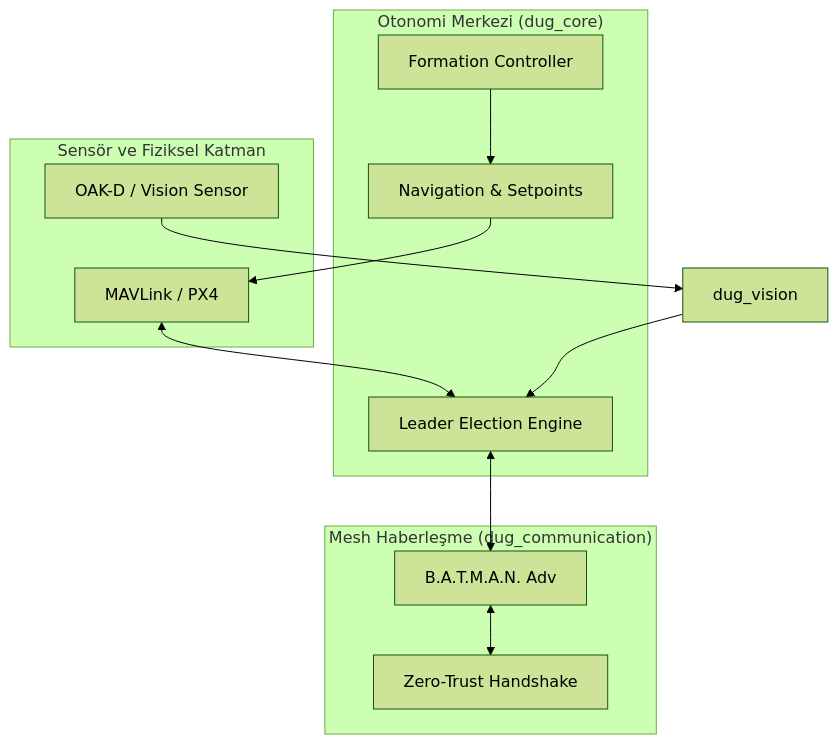
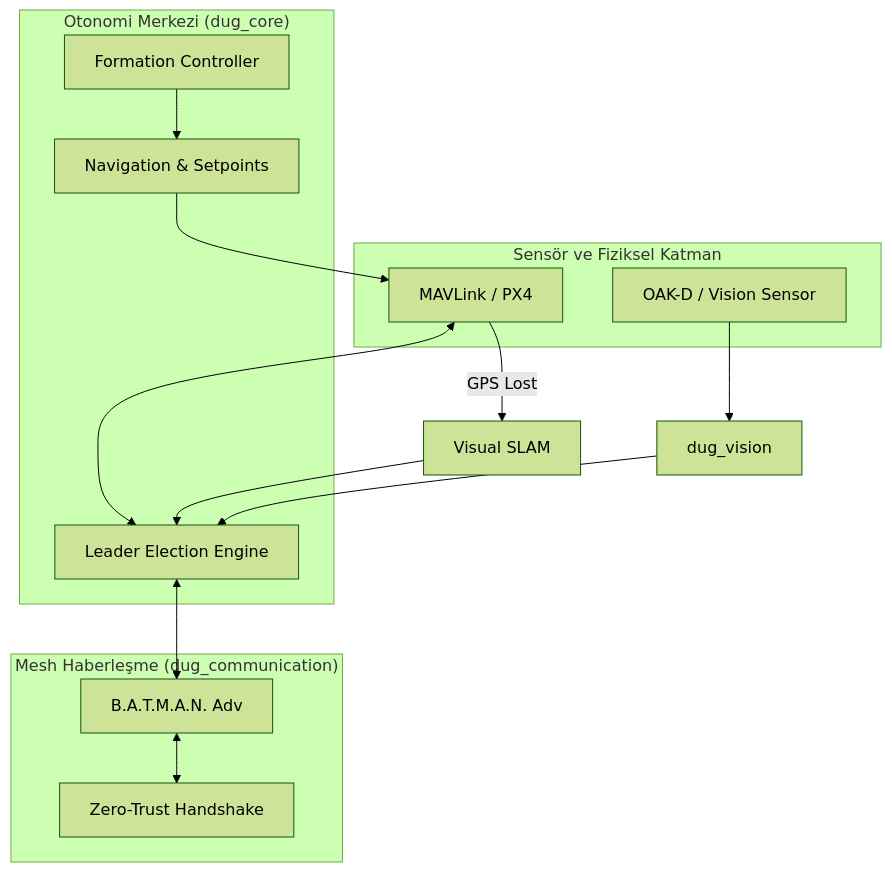
The diagram in README.md (arch-yunus/decentralized-uav-grid), drawn with Mermaid (forest theme) before and after one commit. The commit also changed other lines of this file and 5 other files, not shown here.

Commit message:
feat: implement Phase 4 Visual SLAM and GPS failover logic

````diff
--- a/README.md
+++ b/README.md
@@ -34,26 +34,28 @@
 ```mermaid
 graph TD
     subgraph "Sensör ve Fiziksel Katman"
         MAV[MAVLink / PX4]
         CAM[OAK-D / Vision Sensor]
     end
     
     subgraph "Otonomi Merkezi (dug_core)"
         LDR[Leader Election Engine]
         FORM[Formation Controller]
         NAV[Navigation & Setpoints]
     end
     
     subgraph "Mesh Haberleşme (dug_communication)"
         BAT[B.A.T.M.A.N. Adv]
         ZT[Zero-Trust Handshake]
     end
 
     MAV <--> LDR
     CAM --> VIS[dug_vision]
     VIS --> LDR
+    VSLAM[Visual SLAM] --> LDR
     LDR <--> BAT
     BAT <--> ZT
     FORM --> NAV
     NAV --> MAV
+    MAV -- GPS Lost --> VSLAM
 ```
````
